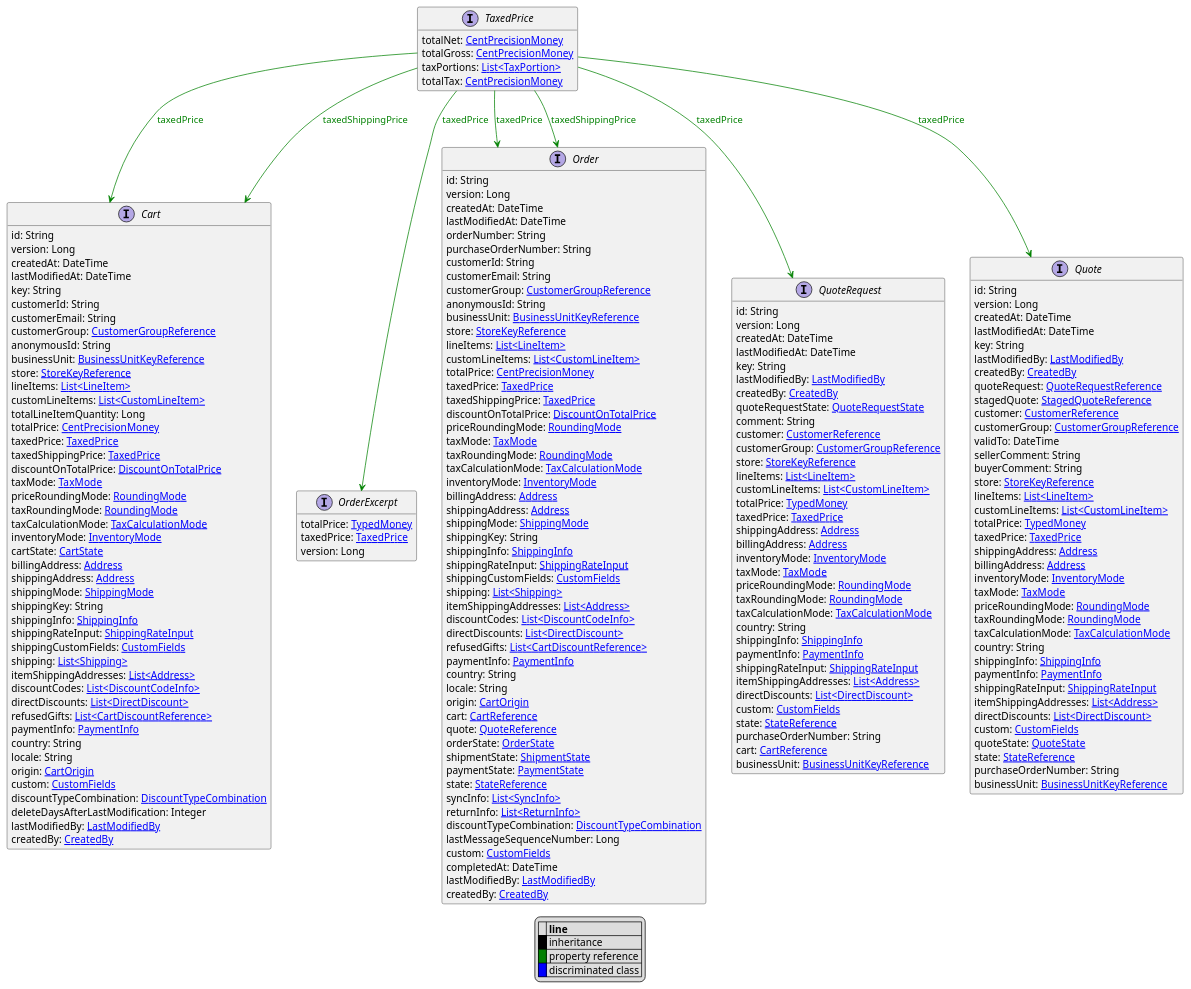
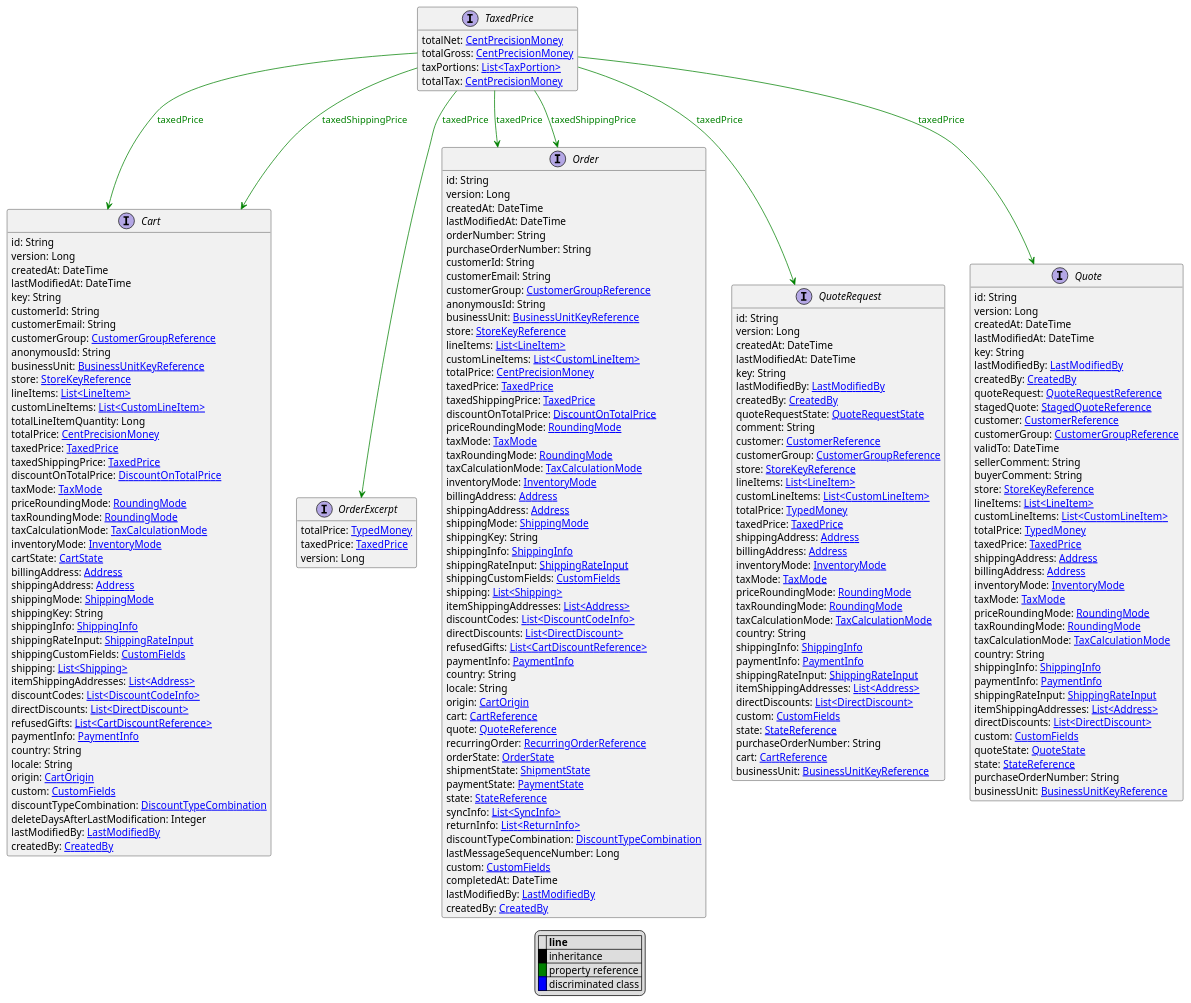
The diagram in uml/api/TaxedPrice.puml (commercetools/commercetools-api-reference), drawn with PlantUML before and after one commit. The commit also changed 2165 other files, not shown here.

```diff
--- a/uml/api/TaxedPrice.puml
+++ b/uml/api/TaxedPrice.puml
@@ -111,6 +111,7 @@
     origin: [[CartOrigin.svg CartOrigin]]
     cart: [[CartReference.svg CartReference]]
     quote: [[QuoteReference.svg QuoteReference]]
+    recurringOrder: [[RecurringOrderReference.svg RecurringOrderReference]]
     orderState: [[OrderState.svg OrderState]]
     shipmentState: [[ShipmentState.svg ShipmentState]]
     paymentState: [[PaymentState.svg PaymentState]]
```
